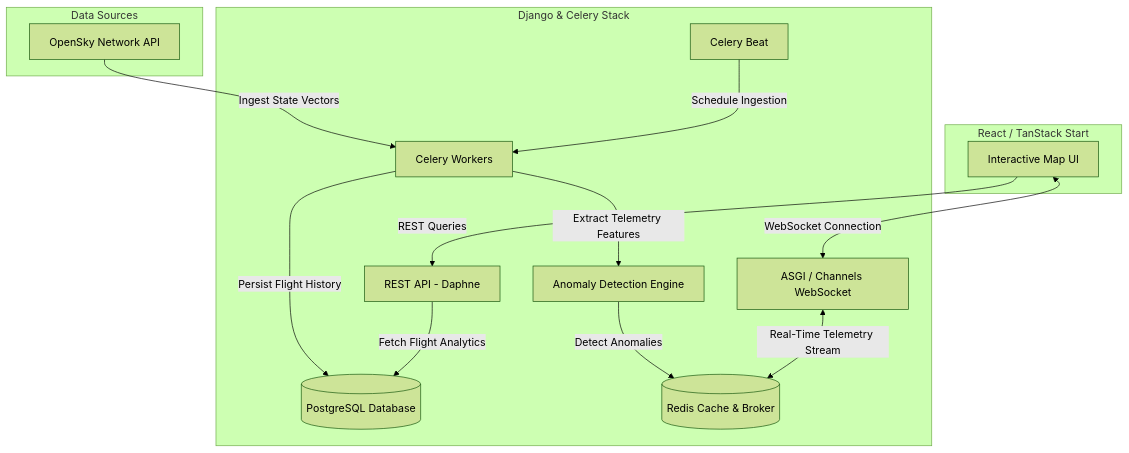
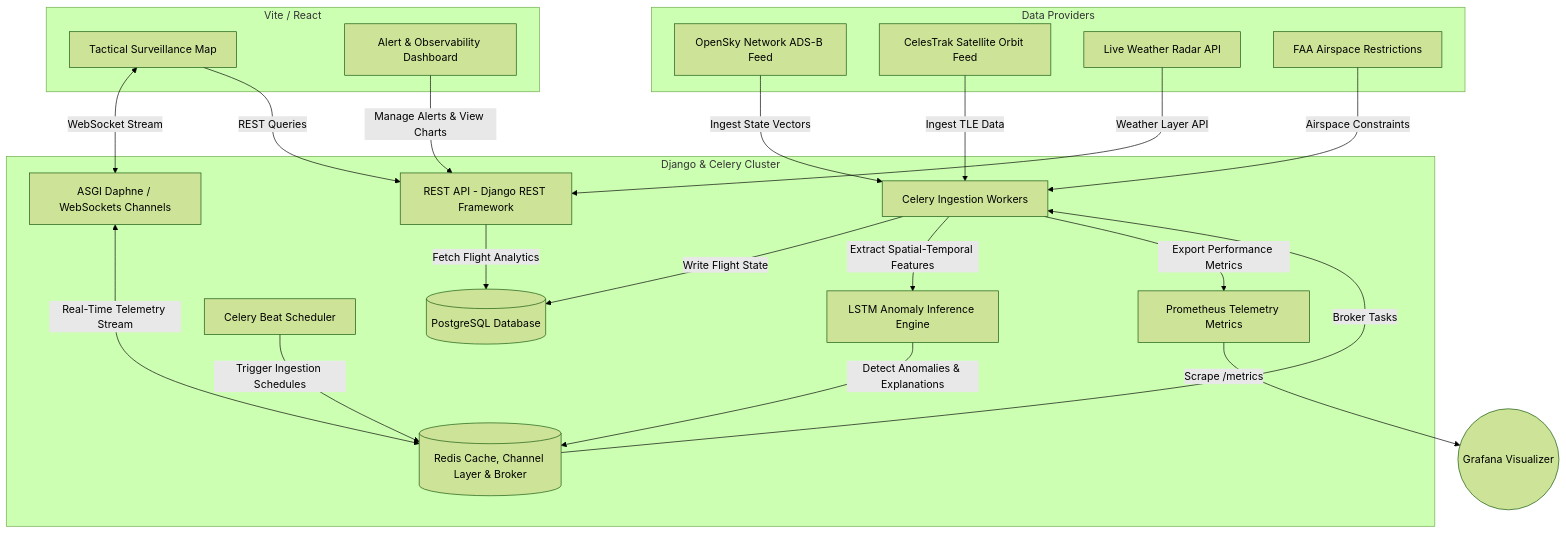
One commit to debjit450/skywatch-live changed the diagram in README.md. Above: the diagram before and after it, drawn with Mermaid (forest theme). The commit also changed other lines of this file and 75 other files, not shown here.

````diff
--- a/README.md
+++ b/README.md
@@ -59,32 +71,45 @@
 ```mermaid
 flowchart TD
-    subgraph Data Sources
-        OS[OpenSky Network API]
+    subgraph External Feeds [Data Providers]
+        OS[OpenSky Network ADS-B Feed]
+        CT[CelesTrak Satellite Orbit Feed]
+        WX[Live Weather Radar API]
+        TFR[FAA Airspace Restrictions]
     end
 
-    subgraph Backend Services [Django & Celery Stack]
-        WS[ASGI / Channels WebSocket]
-        REST[REST API - Daphne]
+    subgraph Backend Core [Django & Celery Cluster]
+        WS[ASGI Daphne / WebSockets Channels]
+        REST[REST API - Django REST Framework]
         DB[(PostgreSQL Database)]
-        CACHE[(Redis Cache & Broker)]
-        CW[Celery Workers]
-        CB[Celery Beat]
-        ML[Anomaly Detection Engine]
+        CACHE[(Redis Cache, Channel Layer & Broker)]
+        CW[Celery Ingestion Workers]
+        CB[Celery Beat Scheduler]
+        ML[LSTM Anomaly Inference Engine]
+        PROM[Prometheus Telemetry Metrics]
     end
 
-    subgraph Client Application [React / TanStack Start]
-        FE[Interactive Map UI]
+    subgraph Client Application [Vite / React]
+        FE[Tactical Surveillance Map]
+        WID[Alert & Observability Dashboard]
     end
 
     OS -->|Ingest State Vectors| CW
-    CB -->|Schedule Ingestion| CW
-    CW -->|Persist Flight History| DB
-    CW -->|Extract Telemetry Features| ML
-    ML -->|Detect Anomalies| CACHE
+    CT -->|Ingest TLE Data| CW
+    WX -->|Weather Layer API| REST
+    TFR -->|Airspace Constraints| CW
+    CB -->|Trigger Ingestion Schedules| CACHE
+    CACHE -->|Broker Tasks| CW
+    CW -->|Write Flight State| DB
+    CW -->|Extract Spatial-Temporal Features| ML
+    ML -->|Detect Anomalies & Explanations| CACHE
     
     REST -->|Fetch Flight Analytics| DB
     WS <-->|Real-Time Telemetry Stream| CACHE
     
-    FE <-->|WebSocket Connection| WS
+    FE <-->|WebSocket Stream| WS
     FE -->|REST Queries| REST
+    WID -->|Manage Alerts & View Charts| REST
+    
+    CW -->|Export Performance Metrics| PROM
+    PROM -->|Scrape /metrics| Grafana((Grafana Visualizer))
 ```
````
